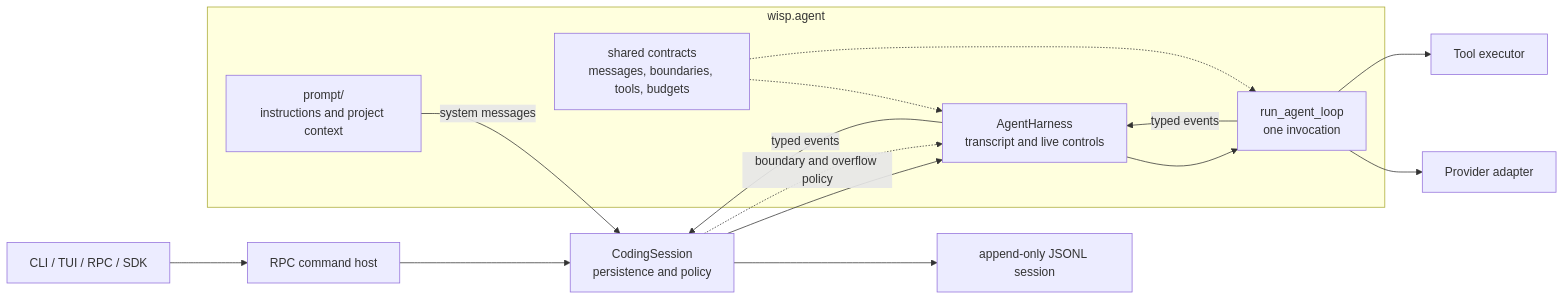
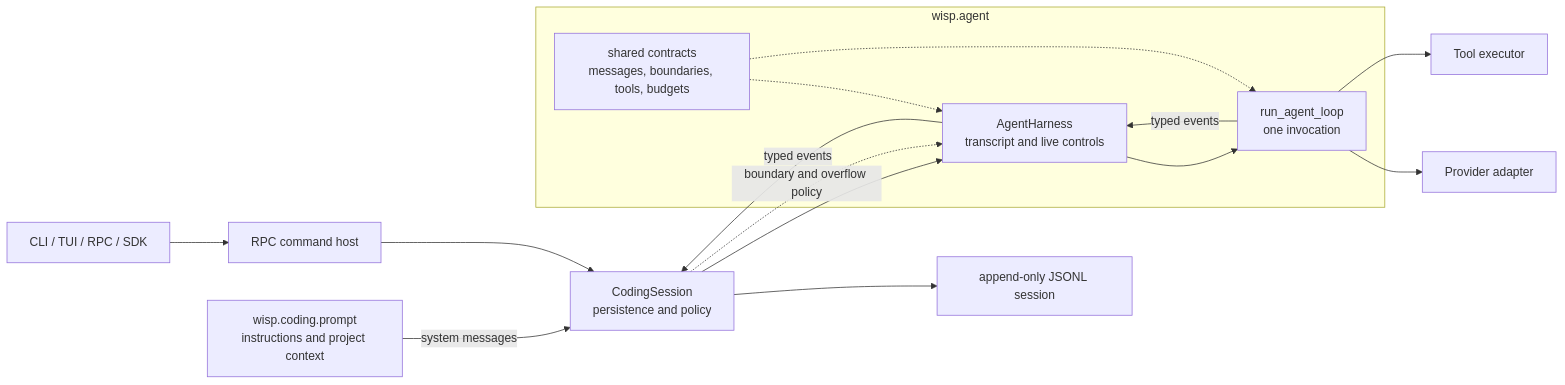
Before and after one commit to whanyu1212/Wisp: the first of 2 diagrams in src/wisp/agent/README.md, drawn with Mermaid. The commit also changed other lines of this file and 22 other files, not shown here.

First line of the commit message:
refactor(coding): move prompt building from wisp.agent to wisp.coding

````diff
--- a/src/wisp/agent/README.md
+++ b/src/wisp/agent/README.md
@@ -12,25 +13,25 @@
 ```mermaid
 flowchart LR
   Interfaces["CLI / TUI / RPC / SDK"] --> Host["RPC command host"]
   Host --> Session["CodingSession<br/>persistence and policy"]
+  Prompt["wisp.coding.prompt<br/>instructions and project context"]
 
   subgraph Agent["wisp.agent"]
-    Prompt["prompt/<br/>instructions and project context"]
     Harness["AgentHarness<br/>transcript and live controls"]
     Loop["run_agent_loop<br/>one invocation"]
     Contracts["shared contracts<br/>messages, boundaries, tools, budgets"]
 
     Harness --> Loop
     Contracts -.-> Harness
     Contracts -.-> Loop
   end
 
   Prompt -->|system messages| Session
   Session --> Harness
   Session -.->|boundary and overflow policy| Harness
   Loop --> Provider["Provider adapter"]
   Loop --> Tools["Tool executor"]
   Loop -->|typed events| Harness
   Harness -->|typed events| Session
   Session --> Store["append-only JSONL session"]
 ```
````
